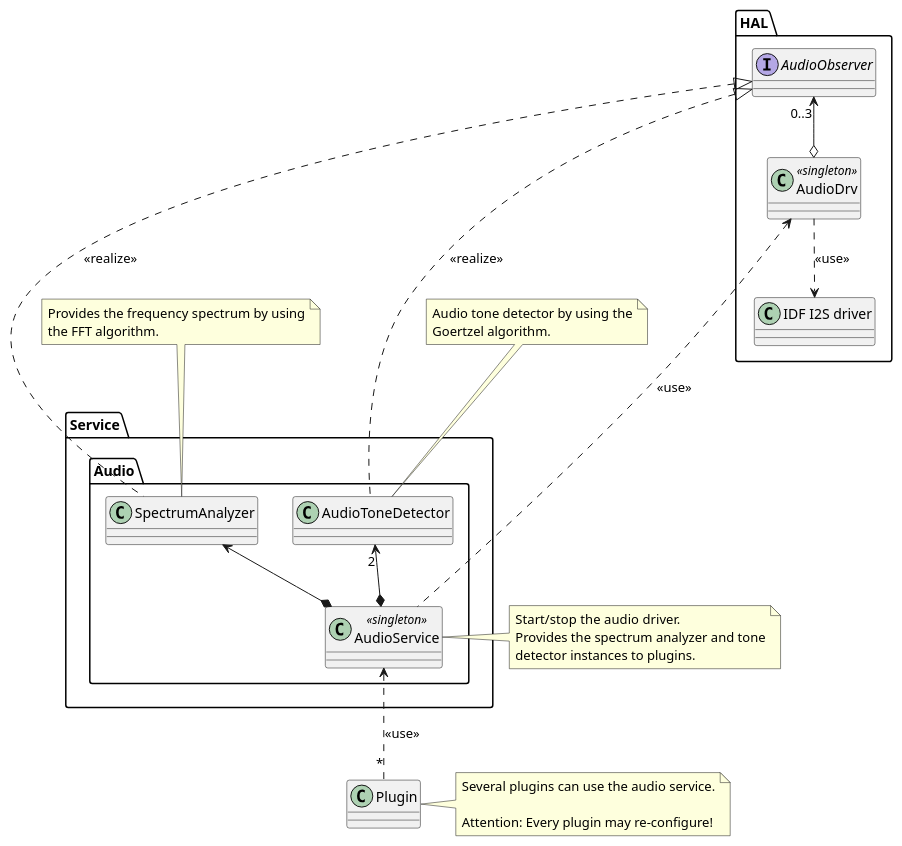
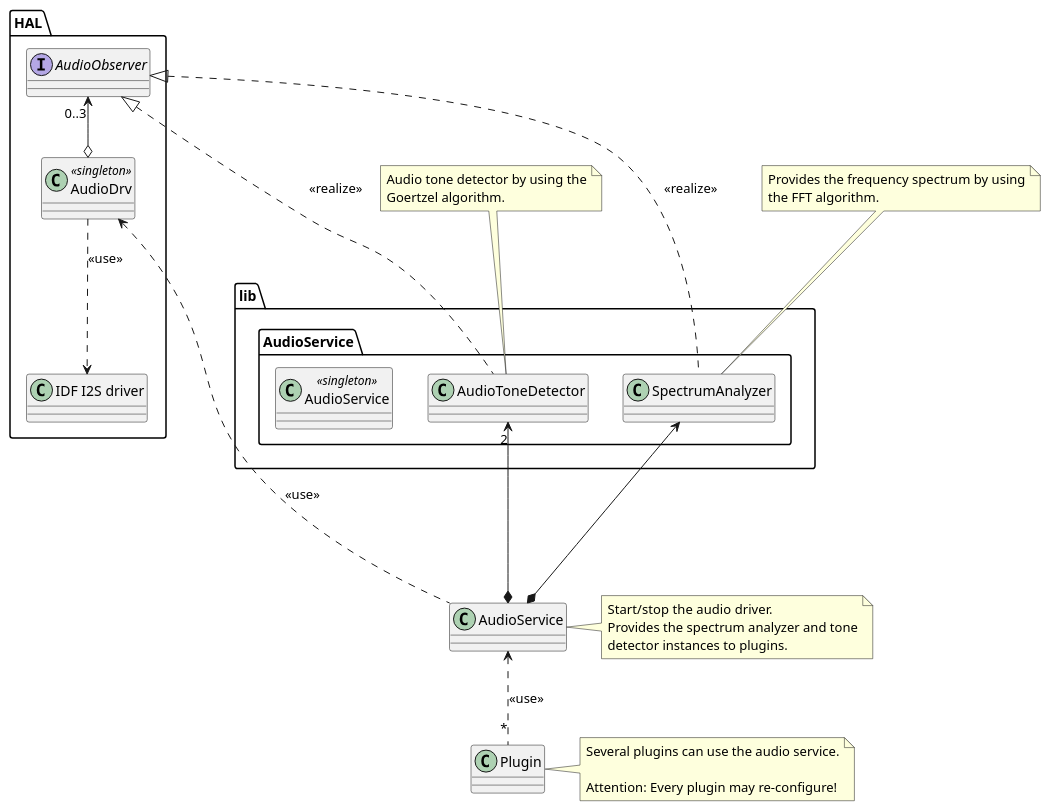
The diagram in doc/architecture/uml/audio_service.wsd (BlueAndi/Pixelix), drawn with PlantUML before and after one commit. The commit also changed 42 other files, not shown here.

```diff
--- a/doc/architecture/uml/audio_service.wsd
+++ b/doc/architecture/uml/audio_service.wsd
@@ -1,54 +1,54 @@
 @startuml
 
 package "HAL" {
 
     interface AudioObserver
     class AudioDrv<<singleton>>
     class "IDF I2S driver" as I2SDrv
 }
 
-package "Service" {
-    package "Audio" {
+package "lib" {
+    package "AudioService" {
         class SpectrumAnalyzer
         class AudioToneDetector
         class AudioService<<singleton>>
     }
 }
 
 class Plugin
 
 AudioObserver "0..3" <--o AudioDrv
 AudioObserver <|... SpectrumAnalyzer: <<realize>>
 AudioObserver <|... AudioToneDetector: <<realize>>
 
 AudioDrv <.... AudioService: <<use>>
 SpectrumAnalyzer <--* AudioService
 AudioToneDetector "2" <--* AudioService
 
 AudioService <.. "*" Plugin: <<use>>
 
 AudioDrv ..> I2SDrv: <<use>>
 
 note top of SpectrumAnalyzer
     Provides the frequency spectrum by using
     the FFT algorithm.
 end note
 
 note top of AudioToneDetector
     Audio tone detector by using the
     Goertzel algorithm.
 end note
 
 note right of Plugin
     Several plugins can use the audio service.
 
     Attention: Every plugin may re-configure!
 end note
 
 note right of AudioService
     Start/stop the audio driver.
     Provides the spectrum analyzer and tone
     detector instances to plugins.
 end note
 
 @enduml
```
